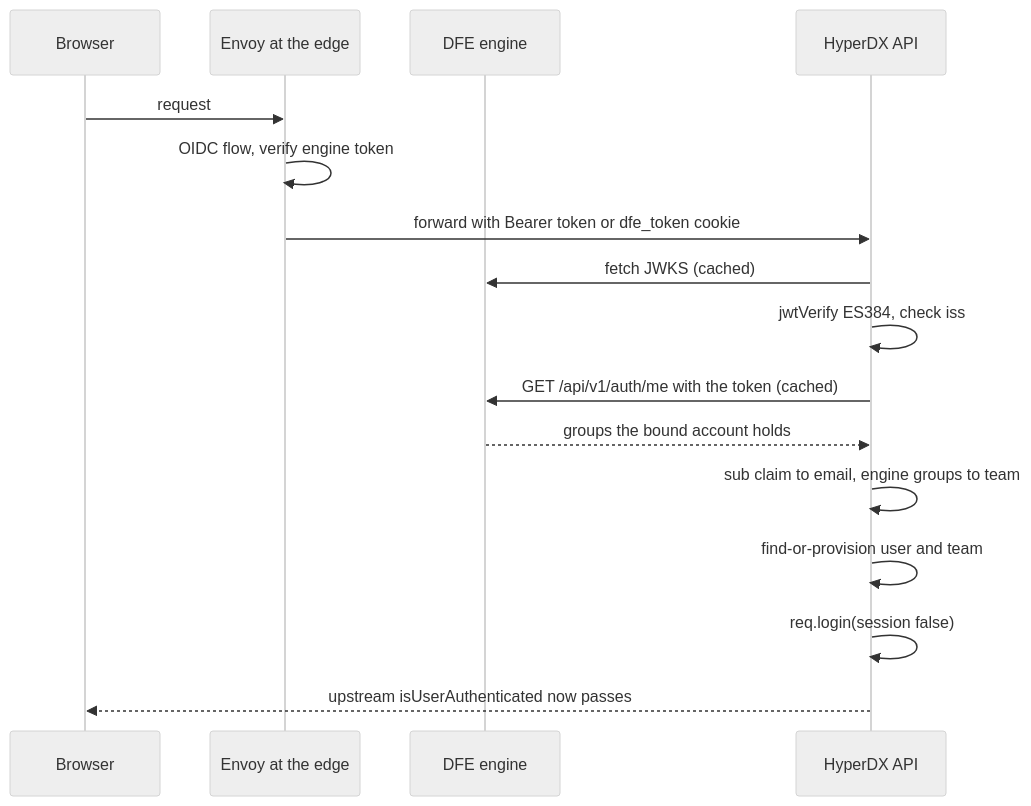
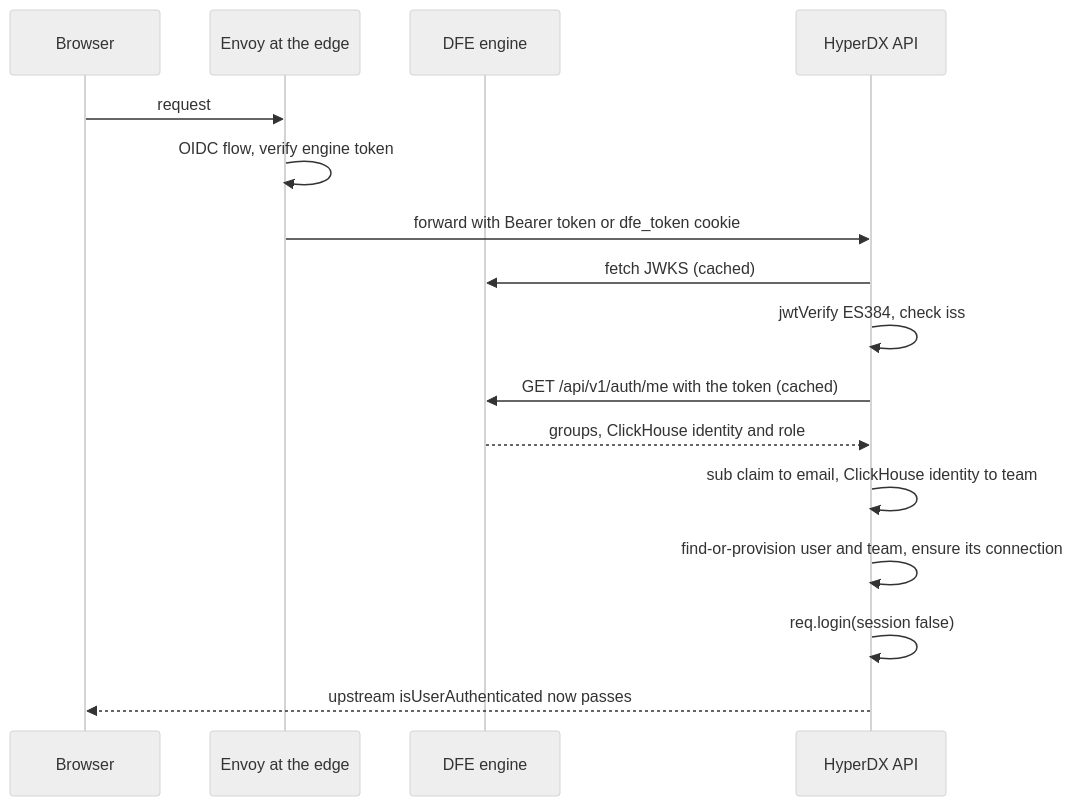
Before and after one commit to hyperi-io/dfe-hyperdx: the first of 2 diagrams in docs/architecture/oidc-authentication.md, drawn with Mermaid (neutral theme). The commit also changed other lines of this file and 16 other files, not shown here.

First line of the commit message:
fix(auth): one team per ClickHouse identity (#104)

````diff
--- a/docs/architecture/oidc-authentication.md
+++ b/docs/architecture/oidc-authentication.md
@@ -18,19 +18,19 @@
 ```mermaid
 sequenceDiagram
     participant User as Browser
     participant Envoy as Envoy at the edge
     participant Engine as DFE engine
     participant HDX as HyperDX API
 
     User->>Envoy: request
     Envoy->>Envoy: OIDC flow, verify engine token
     Envoy->>HDX: forward with Bearer token or dfe_token cookie
     HDX->>Engine: fetch JWKS (cached)
     HDX->>HDX: jwtVerify ES384, check iss
     HDX->>Engine: GET /api/v1/auth/me with the token (cached)
-    Engine-->>HDX: groups the bound account holds
-    HDX->>HDX: sub claim to email, engine groups to team
-    HDX->>HDX: find-or-provision user and team
+    Engine-->>HDX: groups, ClickHouse identity and role
+    HDX->>HDX: sub claim to email, ClickHouse identity to team
+    HDX->>HDX: find-or-provision user and team, ensure its connection
     HDX->>HDX: req.login(session false)
     HDX-->>User: upstream isUserAuthenticated now passes
 ```
````
